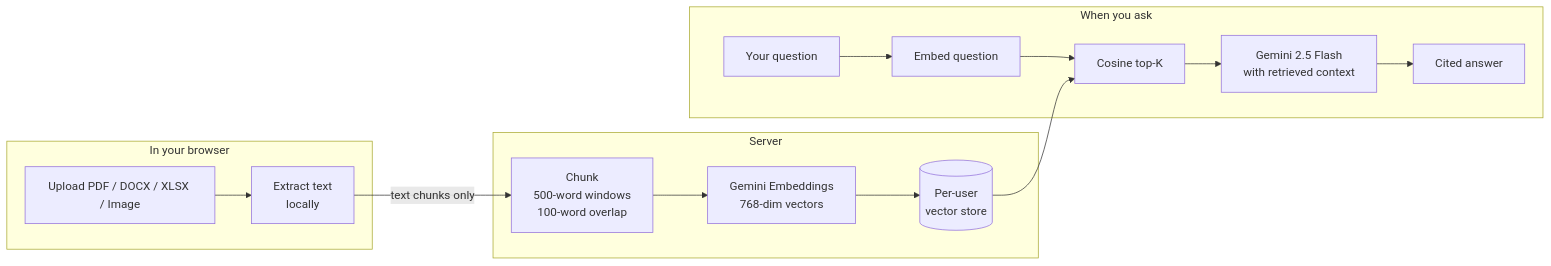
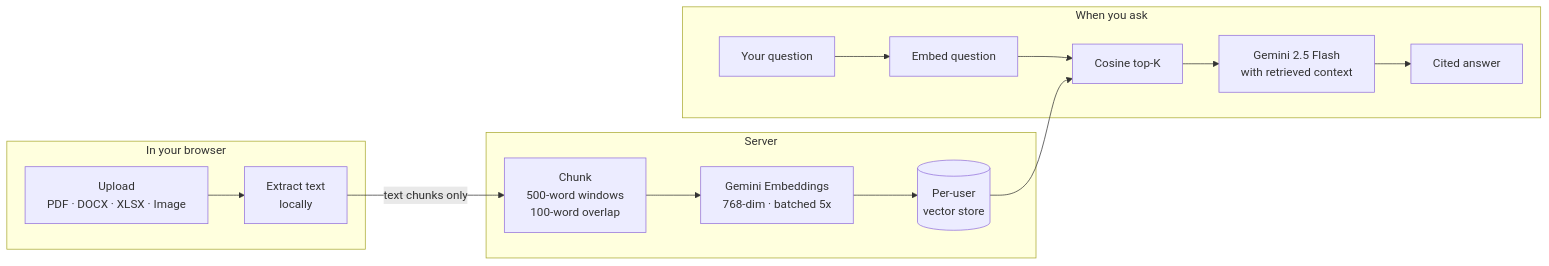
One commit to ADiTyaRaj8969/AsksDocs changed the diagram in README.md. Above: the diagram before and after it, drawn with Mermaid. The commit also changed other lines of this file and 4 other files, not shown here.

First line of the commit message:
docs: portfolio-style README with HTML hero, feature grid, and flow diagrams

````diff
--- a/README.md
+++ b/README.md
@@ -48,27 +63,27 @@
 ```mermaid
 flowchart LR
   subgraph Browser["In your browser"]
-    A[Upload PDF / DOCX / XLSX / Image]
+    A[Upload<br/>PDF · DOCX · XLSX · Image]
     B[Extract text<br/>locally]
     A --> B
   end
 
   subgraph Server["Server"]
     C[Chunk<br/>500-word windows<br/>100-word overlap]
-    D[Gemini Embeddings<br/>768-dim vectors]
+    D[Gemini Embeddings<br/>768-dim · batched 5x]
     E[(Per-user<br/>vector store)]
     B -- text chunks only --> C
     C --> D --> E
   end
 
   subgraph Query["When you ask"]
     F[Your question]
     G[Embed question]
     H[Cosine top-K]
     I[Gemini 2.5 Flash<br/>with retrieved context]
     F --> G --> H
     E --> H
     H --> I
     I --> J[Cited answer]
   end
 ```
````
